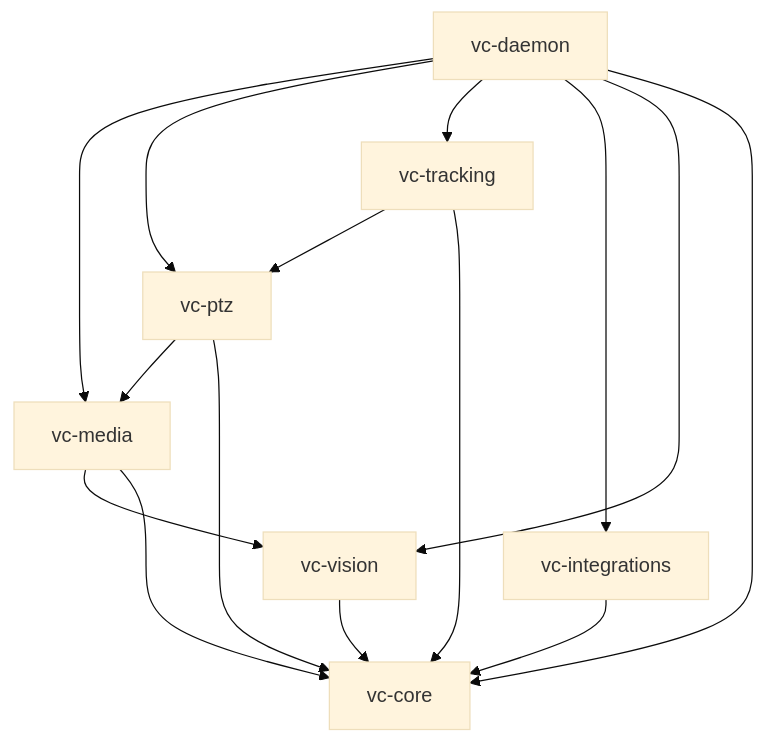
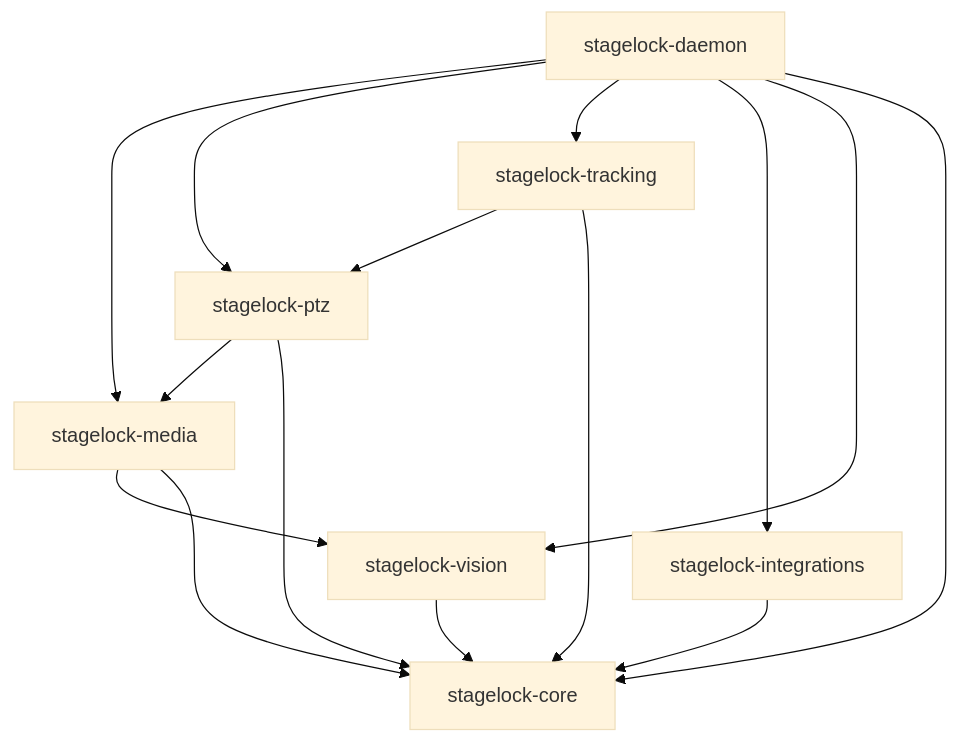
The diagram in crates/README.md (DevinSanders/stagelock), drawn with Mermaid (base theme) before and after one commit. The commit also changed other lines of this file and 139 other files, not shown here.

Commit message:
Rebrand full stack to StageLock — AI PTZ Tracking & Broadcast Studio

````diff
--- a/crates/README.md
+++ b/crates/README.md
@@ -19,17 +19,17 @@
 ```mermaid
 flowchart TD
-    daemon[vc-daemon] --> media[vc-media]
-    daemon --> ptz[vc-ptz]
-    daemon --> tracking[vc-tracking]
-    daemon --> integrations[vc-integrations]
-    daemon --> vision[vc-vision]
-    daemon --> core[vc-core]
+    daemon[stagelock-daemon] --> media[stagelock-media]
+    daemon --> ptz[stagelock-ptz]
+    daemon --> tracking[stagelock-tracking]
+    daemon --> integrations[stagelock-integrations]
+    daemon --> vision[stagelock-vision]
+    daemon --> core[stagelock-core]
     media --> vision
     media --> core
     ptz --> media
     ptz --> core
     tracking --> ptz
     tracking --> core
     vision --> core
     integrations --> core
 ```
````
